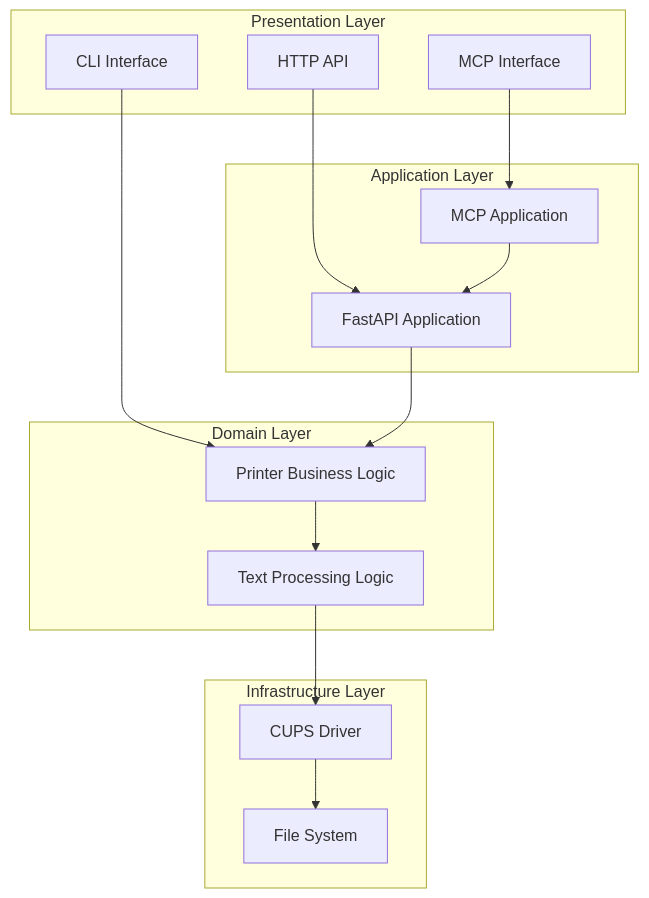
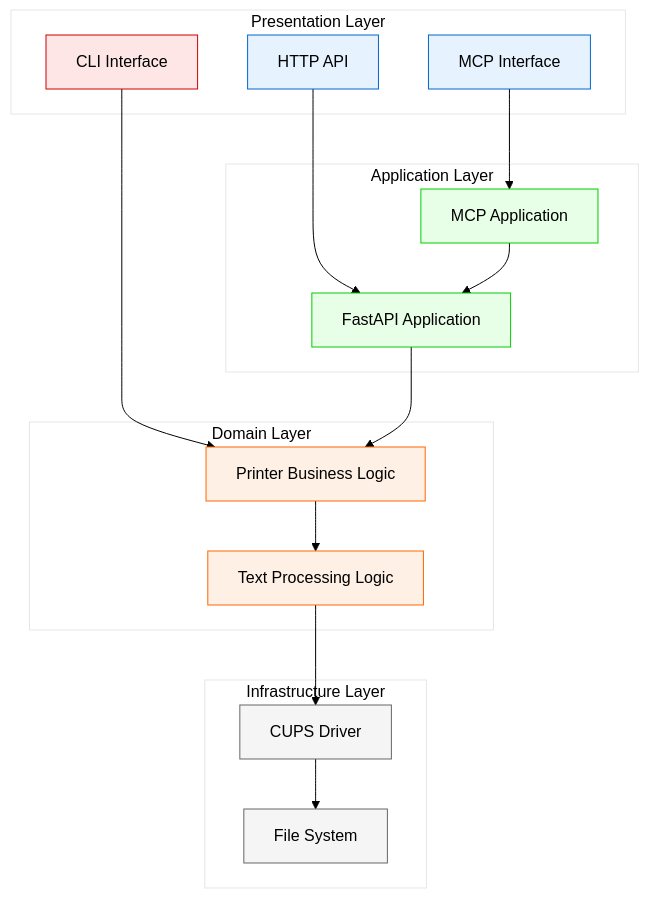
One commit to nicewook/receipt-printer changed the fourth of 5 diagrams in docs/architecture-overview.md. Above: the diagram before and after it, drawn with Mermaid. The commit also changed other lines of this file, not shown here.

First line of the commit message:
Improve Mermaid diagram readability and visual design

````diff
--- a/docs/architecture-overview.md
+++ b/docs/architecture-overview.md
@@ -165,32 +219,51 @@
 ```mermaid
+%%{init: {
+  'theme': 'base',
+  'themeVariables': {
+    'primaryColor': '#ffffff',
+    'primaryTextColor': '#000000',
+    'primaryBorderColor': '#000000',
+    'lineColor': '#000000'
+  }
+}}%%
 graph TB
     subgraph "Presentation Layer"
         CLI_UI[CLI Interface]
         HTTP_UI[HTTP API]
         MCP_UI[MCP Interface]
     end
     
     subgraph "Application Layer"
         FASTAPI_APP[FastAPI Application]
         MCP_APP[MCP Application]
     end
     
     subgraph "Domain Layer"
         PRINTER_LOGIC[Printer Business Logic]
         TEXT_PROCESSING[Text Processing Logic]
     end
     
     subgraph "Infrastructure Layer"
         CUPS_DRIVER[CUPS Driver]
         FILE_SYSTEM[File System]
     end
     
     CLI_UI --> PRINTER_LOGIC
     HTTP_UI --> FASTAPI_APP
     MCP_UI --> MCP_APP
     FASTAPI_APP --> PRINTER_LOGIC
     MCP_APP --> FASTAPI_APP
     PRINTER_LOGIC --> TEXT_PROCESSING
     TEXT_PROCESSING --> CUPS_DRIVER
     CUPS_DRIVER --> FILE_SYSTEM
+    
+    style CLI_UI fill:#ffe6e6,stroke:#cc0000,color:#000000
+    style HTTP_UI fill:#e6f3ff,stroke:#0066cc,color:#000000
+    style MCP_UI fill:#e6f3ff,stroke:#0066cc,color:#000000
+    style FASTAPI_APP fill:#e6ffe6,stroke:#00cc00,color:#000000
+    style MCP_APP fill:#e6ffe6,stroke:#00cc00,color:#000000
+    style PRINTER_LOGIC fill:#fff0e6,stroke:#ff6600,color:#000000
+    style TEXT_PROCESSING fill:#fff0e6,stroke:#ff6600,color:#000000
+    style CUPS_DRIVER fill:#f5f5f5,stroke:#666666,color:#000000
+    style FILE_SYSTEM fill:#f5f5f5,stroke:#666666,color:#000000
 ```
````
